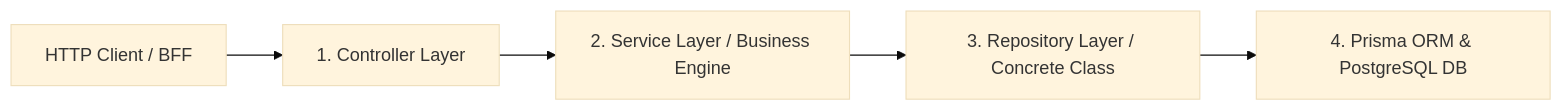
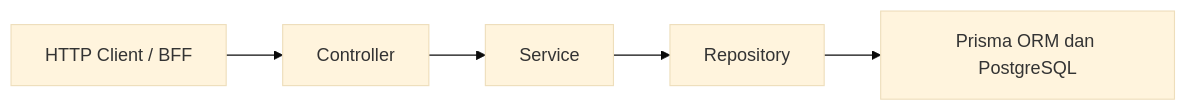
Before and after one commit to Revou-FSSE-Feb26/crack-be-Diba15: the diagram in README.md, drawn with Mermaid (base theme). The commit also changed other lines of this file and 1 other file, not shown here.

Commit message:
docs(erd): add ERD documentation and update README description

````diff
--- a/README.md
+++ b/README.md
@@ -18,7 +32,7 @@
 ```mermaid
 graph LR
-    Client[HTTP Client / BFF] --> Controller[1. Controller Layer]
-    Controller --> Service[2. Service Layer / Business Engine]
-    Service --> Repo[3. Repository Layer / Concrete Class]
-    Repo --> Prisma[4. Prisma ORM & PostgreSQL DB]
+    Client[HTTP Client / BFF] --> Controller[Controller]
+    Controller --> Service[Service]
+    Service --> Repo[Repository]
+    Repo --> Prisma[Prisma ORM dan PostgreSQL]
 ```
````
